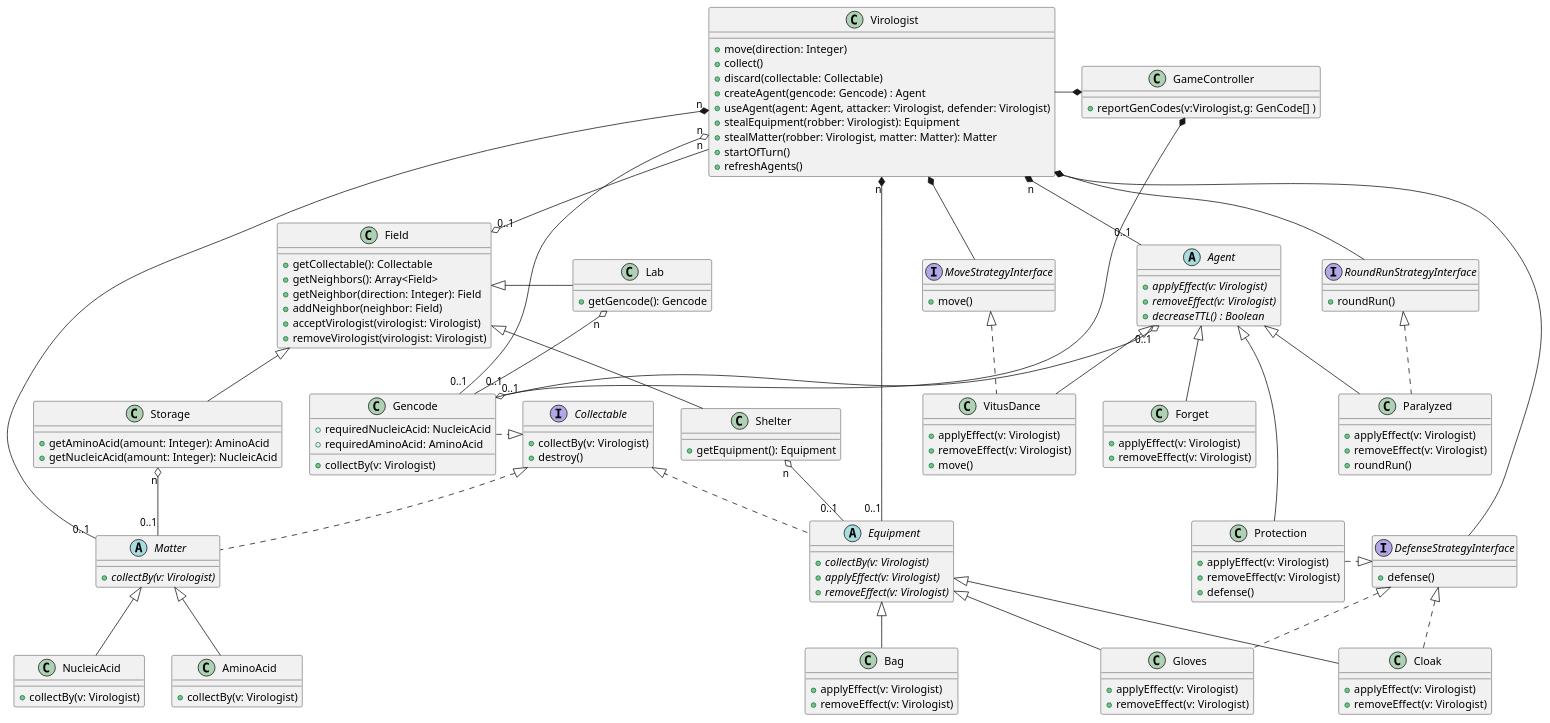
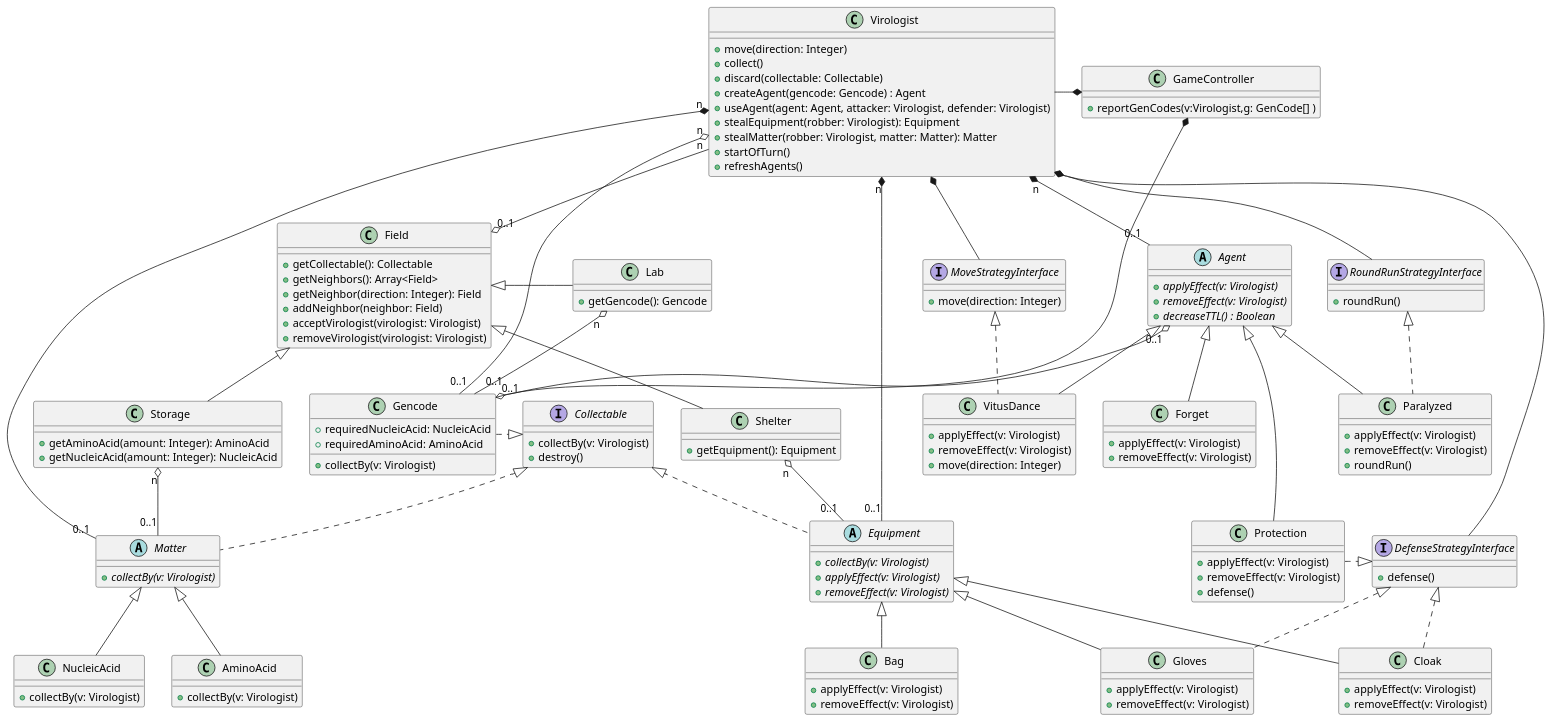
The diagram in class-diagram/main-diagram.puml (Projlab-csb/projlab-virologus), drawn with PlantUML before and after one commit. The commit also changed 6 other files, not shown here.

Commit message:
[wip]: Create seq diagrams

```diff
--- a/class-diagram/main-diagram.puml
+++ b/class-diagram/main-diagram.puml
@@ -1,179 +1,179 @@
 @startuml
 
 
 interface RoundRunStrategyInterface{
     +roundRun()
 }
 
 interface MoveStrategyInterface{
-    +move()
+    +move(direction: Integer)
 }
 
 interface DefenseStrategyInterface{
     +defense()
 }
 
 interface Collectable{
     +collectBy(v: Virologist)
     +destroy()
 }
 
 class GameController {
     'Handle the turns, this knows the order of virologists, and calls the appropriate round() functions
     '+endOfTurn(virologist: Virologist)
     'Checks if the virologist won the game
     +reportGenCodes(v:Virologist,g: GenCode[] )
     '+gameOver()
 }
 
 class Field{
     +getCollectable(): Collectable
     +getNeighbors(): Array<Field>
     +getNeighbor(direction: Integer): Field
     +addNeighbor(neighbor: Field)
     +acceptVirologist(virologist: Virologist)
     +removeVirologist(virologist: Virologist)
 }
 
 class Lab{
     +getGencode(): Gencode
 }
 
 class Storage{
     +getAminoAcid(amount: Integer): AminoAcid
     +getNucleicAcid(amount: Integer): NucleicAcid
 }
 
 class Shelter{
     '+getEquipmentCount(): Integer
     +getEquipment(): Equipment
 }
 
 class Virologist {
     +move(direction: Integer)
     'In the collect function we can use the this.getField()
     +collect()
     +discard(collectable: Collectable)
     +createAgent(gencode: Gencode) : Agent
     +useAgent(agent: Agent, attacker: Virologist, defender: Virologist)
     +stealEquipment(robber: Virologist): Equipment
     +stealMatter(robber: Virologist, matter: Matter): Matter
     +startOfTurn()
     'Iterates over all the Agents in the virologist and calls their decreaseTTL() function
     +refreshAgents()
 }
 
 abstract class Matter {
     {abstract} +collectBy(v: Virologist)
 }
 
 class AminoAcid{
     +collectBy(v: Virologist)
 }
 class NucleicAcid{
     +collectBy(v: Virologist)
 }
 
 abstract class Equipment {
     {abstract} +collectBy(v: Virologist)
     {abstract} +applyEffect(v: Virologist)
     {abstract} +removeEffect(v: Virologist)
 }
 
 class Cloak{
     +applyEffect(v: Virologist)
     +removeEffect(v: Virologist)
 }
 
 class Gloves{
     +applyEffect(v: Virologist)
     +removeEffect(v: Virologist)
 }
 
 class Bag{
     +applyEffect(v: Virologist)
     +removeEffect(v: Virologist)
 }
 
 abstract class Agent{
     {abstract} +applyEffect(v: Virologist)
     {abstract} +removeEffect(v: Virologist)
     'Each agent has a time to live value, and when it reaches 0, it is destroyed
     'The return value means if the agent is still alive
     {abstract} +decreaseTTL() : Boolean
 }
 
 class VitusDance{
     +applyEffect(v: Virologist)
     +removeEffect(v: Virologist)
-    +move()
+    +move(direction: Integer)
 }
 
 class Protection{
     +applyEffect(v: Virologist)
     +removeEffect(v: Virologist)
     +defense()
 }
 
 class Paralyzed{
     +applyEffect(v: Virologist)
     +removeEffect(v: Virologist)
     +roundRun()
 }
 
 class Forget{
     +applyEffect(v: Virologist)
     +removeEffect(v: Virologist)
 }
 
 'This Gencode is basically the crafting receipt of the Agent
 class Gencode {
     +requiredNucleicAcid: NucleicAcid
     + requiredAminoAcid: AminoAcid
     +collectBy(v: Virologist)
 }
 
 GameController *-l Virologist
 GameController *-- Gencode
 
 Field <|- Lab
 Field <|-- Storage
 Field <|-- Shelter
 
 Lab "n" o- "0..1" Gencode
 Shelter "n" o-- "0..1" Equipment
 Storage "n" o-- "0..1" Matter
 
 Virologist *-- RoundRunStrategyInterface
 Virologist *-- MoveStrategyInterface
 Virologist *-- DefenseStrategyInterface
 Virologist "n" --o "0..1" Field
 Virologist "n" *-- "0..1" Agent
 Virologist "n" *-d- "0..1" Matter
 Virologist "n" *-d- "0..1" Equipment
 Virologist "n" o-d- "0..1" Gencode
 
 Matter <|-- AminoAcid
 Matter <|-- NucleicAcid
 
 Equipment <|-- Cloak
 Equipment <|-- Gloves
 Equipment <|-- Bag
 
 Agent <|-- VitusDance
 Agent <|- Protection
 Agent <|-- Paralyzed
 Agent <|-- Forget
 Agent "0..1" o--o "0..1" Gencode
 
 RoundRunStrategyInterface <|.. Paralyzed
 MoveStrategyInterface <|.. VitusDance
 DefenseStrategyInterface <|.u Protection
 DefenseStrategyInterface <|.. Cloak
 DefenseStrategyInterface <|.. Gloves
 
 Collectable <|.l Gencode
 Collectable <|.. Equipment
 Collectable <|. Matter
 
 @enduml
```
